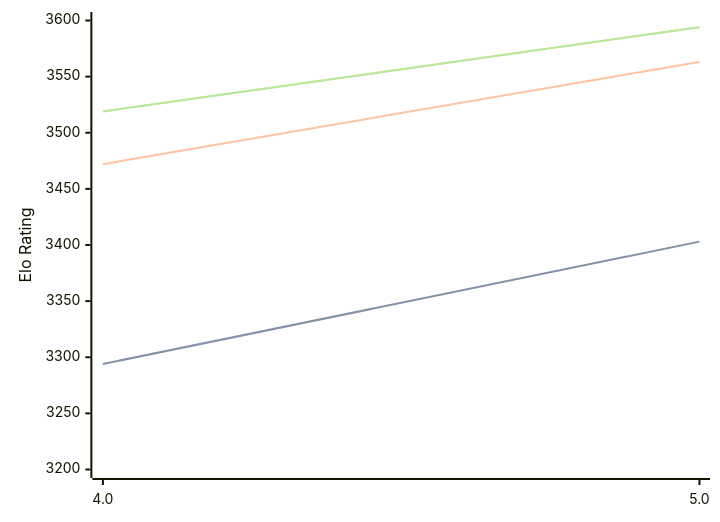
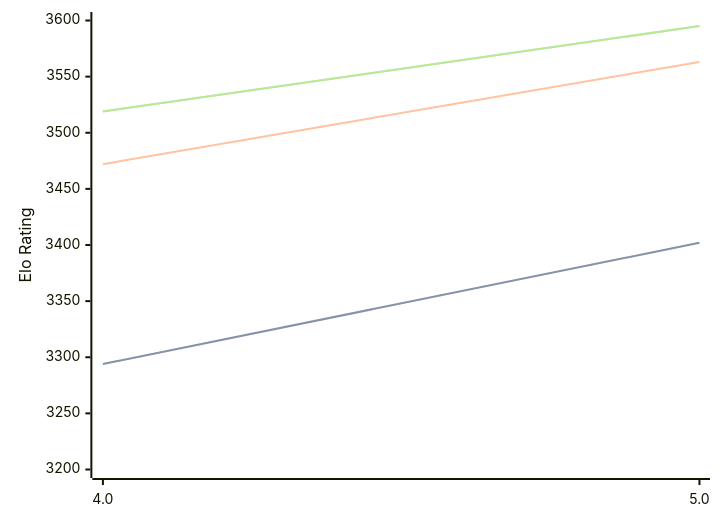
One commit to computer-chess-index/cci changed the diagram in engines/Tarnished.md. Above: the diagram before and after it, drawn with Mermaid. The commit also changed other lines of this file, not shown here.

Commit message:
Update CCI Ratings (ELO VLTC) - 2026-02-22

````diff
--- a/engines/Tarnished.md
+++ b/engines/Tarnished.md
@@ -33,11 +33,11 @@
 ```mermaid
 %%{init: {"theme":"base","themeVariables":{"seriesColors:['#a3a3a3','#222221','#faa371']}}}%%
 xychart-beta
   x-axis ["4.0", "5.0"]
   y-axis "Elo Rating" 3200 --> 3600
-  line "STC (8.0+0.08s)" [3294, 3403]
-  line "STC (8.0+0.08s)" [3294, 3403]
+  line "STC (8.0+0.08s)" [3294, 3402]
+  line "STC (8.0+0.08s)" [3294, 3402]
   line "LTC (60.0+0.60s)" [3472, 3563]
-  line "VLTC (2m24s+1.12s)" [3519, 3594]
-  line "VLTC (2m24s+1.12s)" [3519, 3594]
+  line "VLTC (2m24s+1.12s)" [3519, 3595]
+  line "VLTC (2m24s+1.12s)" [3519, 3595]
 ```
````
